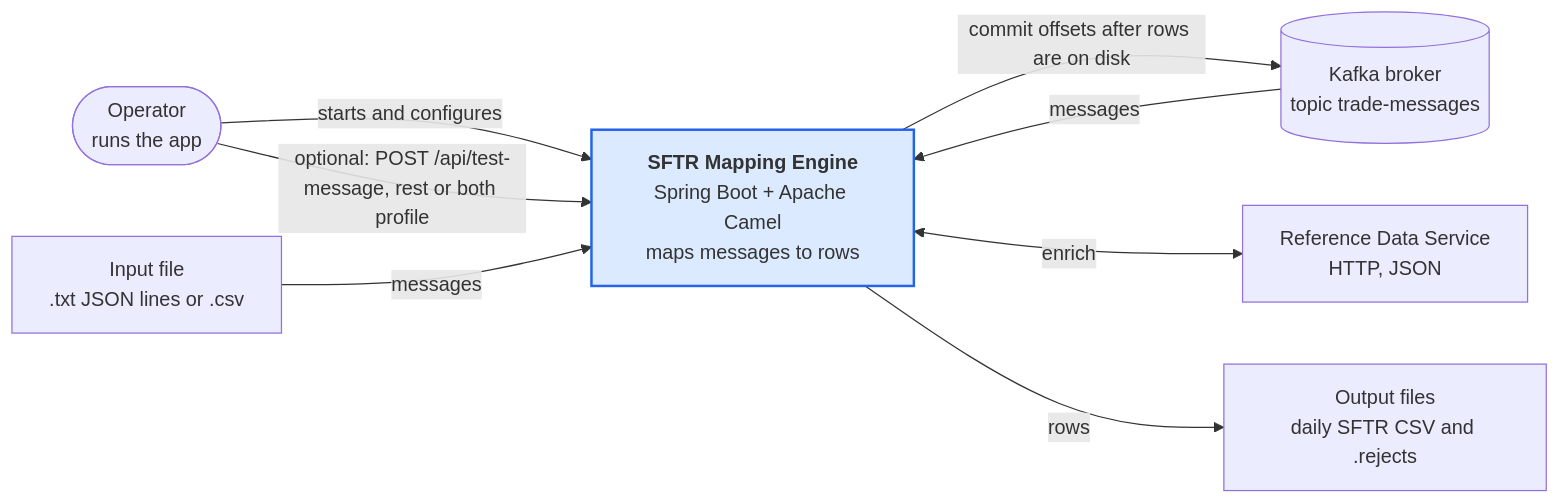
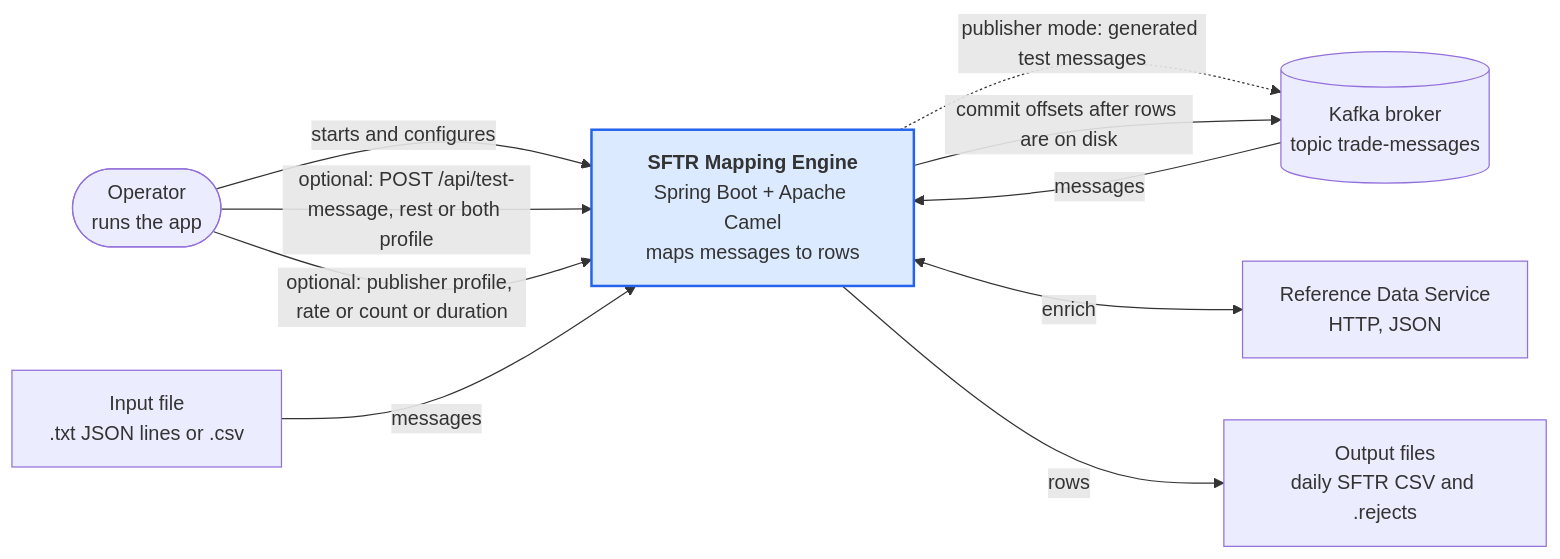
The first of 13 diagrams in docs/c4-architecture.md (shanregs/msg-transformer), drawn with Mermaid before and after one commit. The commit also changed other lines of this file and 3 other files, not shown here.

First line of the commit message:
Docs: refresh architecture, design and C4 for the YAML route, publisher and LOGIC type

````diff
--- a/docs/c4-architecture.md
+++ b/docs/c4-architecture.md
@@ -9,12 +9,14 @@
 ```mermaid
 flowchart LR
     op(["Operator<br/>runs the app"]) -->|starts and configures| engine
     op -->|optional: POST /api/test-message, rest or both profile| engine
+    op -->|optional: publisher profile, rate or count or duration| engine
+    engine -.->|publisher mode: generated test messages| kafka
     kafka[("Kafka broker<br/>topic trade-messages")] -->|messages| engine
     engine -->|commit offsets after rows are on disk| kafka
     file["Input file<br/>.txt JSON lines or .csv"] -->|messages| engine
     engine["<b>SFTR Mapping Engine</b><br/>Spring Boot + Apache Camel<br/>maps messages to rows"] <-->|enrich| ref["Reference Data Service<br/>HTTP, JSON"]
     engine -->|rows| out["Output files<br/>daily SFTR CSV and .rejects"]
 
     style engine fill:#dbeafe,stroke:#2563eb,stroke-width:2px
 ```
````
